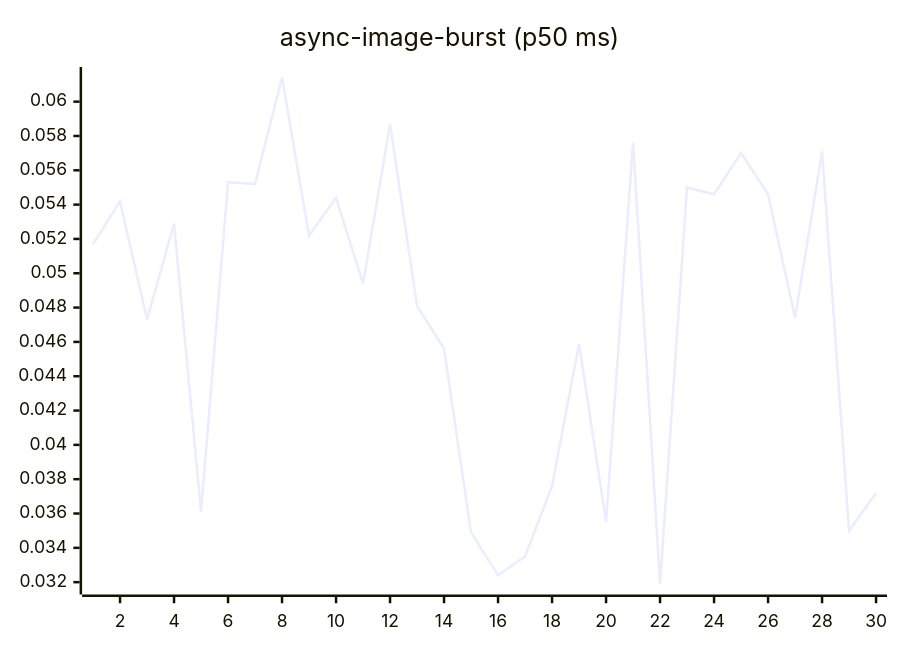
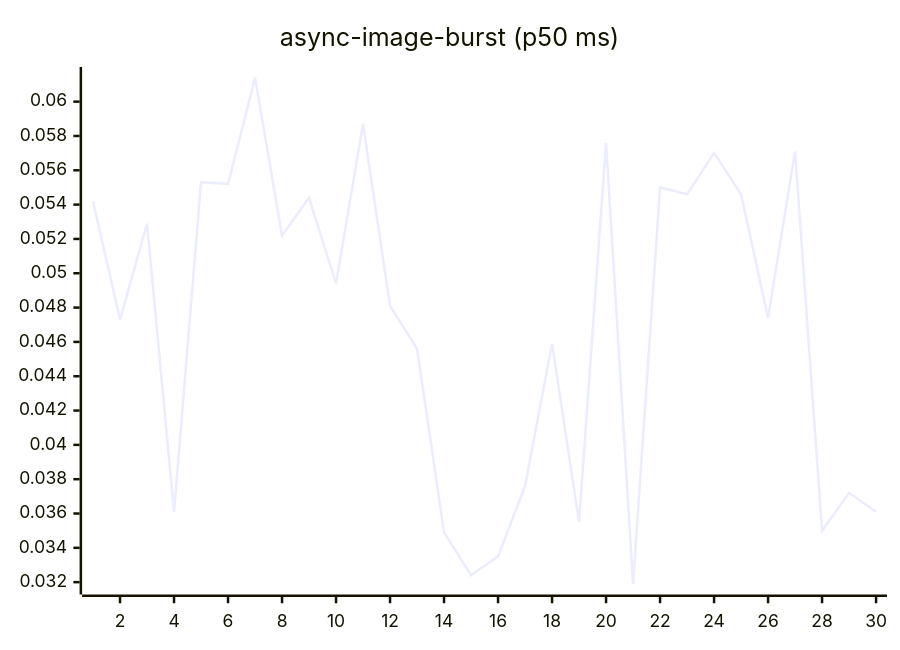
Before and after one commit to josha/Facet: the fourth of 27 diagrams in README.md, drawn with Mermaid. The commit also changed other lines of this file and 2 other files, not shown here.

````diff
--- a/README.md
+++ b/README.md
@@ -84,6 +84,6 @@
 ```mermaid
 xychart-beta
     title "async-image-burst (p50 ms)"
     x-axis 1 --> 30
-    line [0.0517, 0.0542, 0.0473, 0.0529, 0.0361, 0.0553, 0.0552, 0.0614, 0.0522, 0.0544, 0.0494, 0.0587, 0.0481, 0.0456, 0.0349, 0.0324, 0.0335, 0.0376, 0.0459, 0.0355, 0.0576, 0.0319, 0.0550, 0.0546, 0.0570, 0.0546, 0.0474, 0.0571, 0.0350, 0.0372]
+    line [0.0542, 0.0473, 0.0529, 0.0361, 0.0553, 0.0552, 0.0614, 0.0522, 0.0544, 0.0494, 0.0587, 0.0481, 0.0456, 0.0349, 0.0324, 0.0335, 0.0376, 0.0459, 0.0355, 0.0576, 0.0319, 0.0550, 0.0546, 0.0570, 0.0546, 0.0474, 0.0571, 0.0350, 0.0372, 0.0361]
 ```
````
